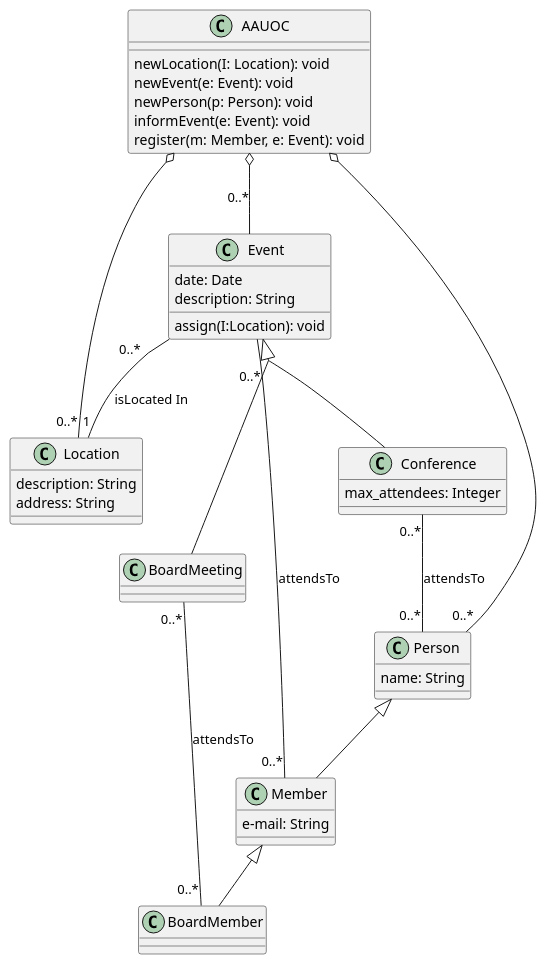
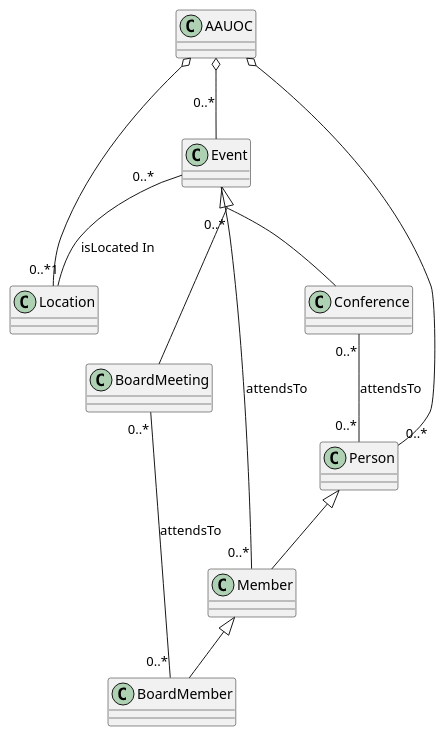
One commit to valencodes/UMLClases_Daniela_Valentina_Galeote_Calderon changed the diagram in PlantUML_UD11_DVGC/src/UML_UD11_DVGC.puml. Above: the diagram before and after it, drawn with PlantUML. The commit also changed 1 other file, not shown here.

```diff
--- a/PlantUML_UD11_DVGC/src/UML_UD11_DVGC.puml
+++ b/PlantUML_UD11_DVGC/src/UML_UD11_DVGC.puml
@@ -1,52 +1,25 @@
 @startuml
 class Member
 class BoardMember
 class Event
 class Conference
 class BoardMeeting
 class Location
 class Person
 class AAUOC
 
 skinparam groupInheritance 2
 Event <|-- Conference
 Event <|-- BoardMeeting
 
 Person <|-- Member
 Member <|-- BoardMember
 AAUOC o--"0..*" Location
 AAUOC o--"0..*" Person
 AAUOC o--"0..*" Event
 Event "0..*"--"1" Location:isLocated In
 BoardMeeting "0..*"--"0..*" BoardMember:attendsTo
 Conference "0..*"--"0..*" Person:attendsTo
 Event "0..*"--"0..*" Member:attendsTo
 
-class AAUOC {
-  newLocation(I: Location): void
-  newEvent(e: Event): void
-  newPerson(p: Person): void
-  informEvent(e: Event): void
-  register(m: Member, e: Event): void
-}
-class Location{
-    description: String
-    address: String
-}
-class Person{
-name: String
-}
-class Event{
-date: Date
-description: String
-assign(I:Location): void
-}
-class Member{
-e-mail: String
-}
-class Conference{
-max_attendees: Integer
-}
-
-
 @enduml
```
